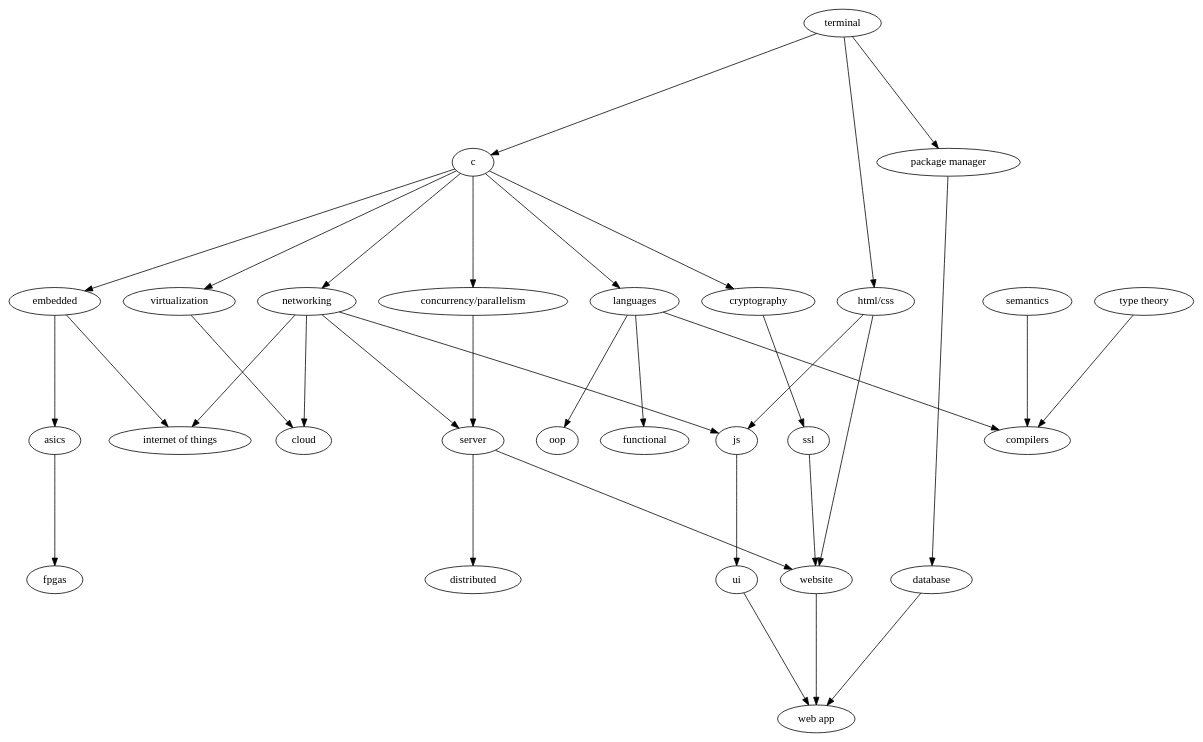
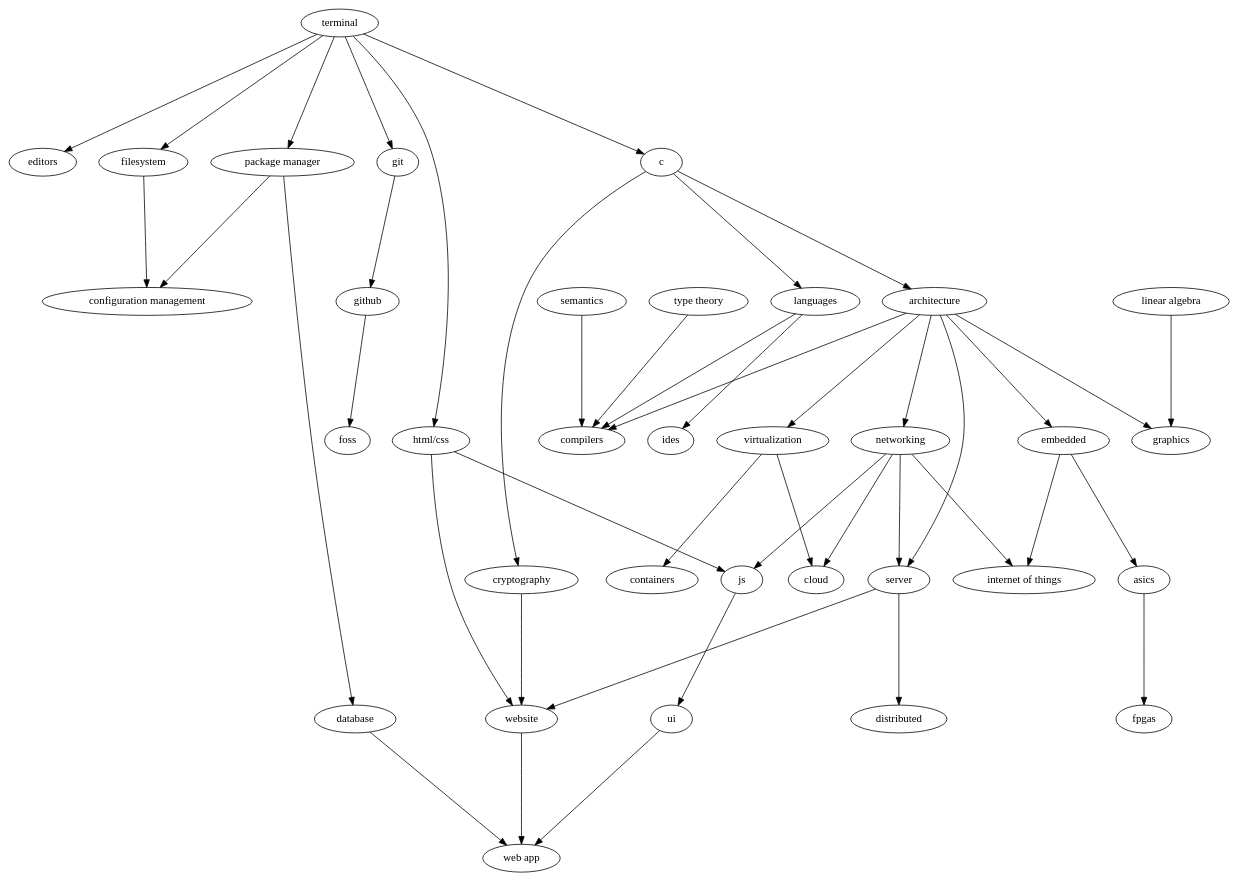
The diagram in docs/images/graph.dot (patrickdoc/port67), drawn with Graphviz before and after one commit. The commit also changed 19 other files, not shown here.

```diff
--- a/docs/images/graph.dot
+++ b/docs/images/graph.dot
@@ -8,21 +8,30 @@
     // Root topics
     terminal[rank=min];
 
+    terminal -> editors;
+    terminal -> filesystem;
+    filesystem -> "configuration management";
+    "package manager" -> "configuration management";
+
+    // Git
+    terminal -> git;
+    git -> github;
+    github -> foss;
+
     // Base
     terminal -> c;
-    c -> virtualization;
-    c -> networking;
-    c -> "concurrency/parallelism";
+    c -> architecture;
 
     // Cloud
     networking -> cloud;
     virtualization -> cloud;
+    virtualization -> containers;
 
     // Sys admin
     terminal -> "package manager";
 
     // Backend
-    "concurrency/parallelism" -> server;
+    architecture -> server;
     networking -> server;
     server -> distributed;
     
@@ -31,8 +40,7 @@
     terminal -> "html/css";
     "html/css" -> website;
     c -> cryptography;
-    cryptography -> ssl;
-    ssl -> website;
+    cryptography -> website;
 
     // Web app
     "package manager" -> database;
@@ -41,7 +49,7 @@
     ui -> "web app";
 
     // Embedded
-    c -> embedded;
+    architecture -> embedded;
     embedded -> "internet of things";
     networking -> "internet of things";
     embedded -> asics;
@@ -49,10 +57,10 @@
 
     // PL
     c -> languages;
-    languages -> oop;
-    languages -> functional;
+    languages -> ides;
 
     // Compilers
+    architecture -> compilers;
     languages -> compilers;
     semantics -> compilers;
     "type theory" -> compilers;
@@ -62,159 +70,33 @@
     networking -> js;
     js -> ui;
 
-    //Britannica
-    // Architecture
+    architecture -> virtualization;
+    architecture -> networking;
+    architecture -> graphics;
+    "linear algebra" -> graphics;
+
+    // Things to hit
+    // AI (ml, computer vision)
+    // algorithms
+    // compression
+    // stats
+    // Graphics
     // Computational
-    // Graphics
-    // HCI
-    // Information management
-    // AI
-    // Networking
-    // OS
-    // Parallel
-    // Platform
-    // PL
-    // Security
-    // Software Eng
-    // Social
-
-    // Wikipedia
-    // Algorithms
-    // Data Structs
-    // Compilers
-    // Formal semantics
-    // Type theory
-    // Reverse engineering
+    // Platform (like console vs mobile vs windows..)
+    // Professional (Dev + QA + Ops)
+    // Design
     // quantum
-
-    //c -> sets[lhead=cluster_data_structs];
-    //c -> compilers[lhead=cluster_pl];
-    //c -> embedded;
-    //c -> servers[lhead=cluster_networks];
-    //c -> caching[lhead=cluster_architecture];
-    //c -> syscalls[lhead=cluster_os];
-
-    //intro -> shell[lhead=cluster_sysadmin];
-    //intro -> c;
-    //intro -> sql[lhead=cluster_dbs];
-    //intro -> logic[lhead=cluster_theory];
-
-    //subgraph cluster_app_dev {
-    //    label = "Application Development";
-    //    verification;
-    //    testing[test=bob blorb=bob];
-
-    //    subgraph cluster_frontend {
-    //        label = "Frontend Development";
-    //        "html/css" -> js;
-    //        js -> rest;
-    //    }
-
-    //    subgraph cluster_backend {
-    //        label = "Backend Development";
-    //        distributed;
-    //        distributed -> cap;
-    //        distributed -> mapreduce;
-    //        "monolith vs. microservice";
-    //        "serialization/deserialization" -> messaging;
-    //    }
-    //}
-
-    //subgraph cluster_architecture {
-    //    label = "Architecture";
-    //    caching;
-    //    isa;
-    //    "parallel/concurrent";
-    //    quantum;
-    //}
-    //"parallel/concurrent" -> graphics;
-
-    //subgraph cluster_data_structs {
-    //    label = "Data Structures";
-    //    compression;
-    //    graphs;
-    //    hashing;
-    //    sets;
-    //}
-
-    //subgraph cluster_dbs {
-    //    label = "Databases";
-    //    nosql;
-    //    sql;
-    //}
-
-    //subgraph cluster_foss {
-    //    label = "Free/Open Source Software";
-    //    licenses;
-    //    "github/gitlab";
-    //}
-
-
-    //subgraph cluster_networks {
-    //    label = "Networks";
-    //    cryptography;
-    //    endianness;
-    //    internet;
-    //    servers;
-    //}
-
-    //// OSTEP!
-    //subgraph cluster_os {
-    //    label = "Operating Systems";
-    //    "processes/threads" -> virtualization;
-    //    scheduling;
-    //    syscalls;
-    //}
-
-    //subgraph cluster_pl {
-    //    label = "Programming Languages";
-    //    compilers;
-    //    dsls;
-    //    exceptions;
-    //    functional;
-    //    gc;
-    //    modularity;
-    //    oop;
-    //    "access modifiers";
-    //}
-
-    //subgraph cluster_prog_tools {
-    //    label = "Programming Envs/Tools";
-    //    ides;
-    //    git;
-    //}
-    //git -> licenses[lhead=cluster_foss];
-
-    //subgraph cluster_sysadmin {
-    //    label = "Systems Admin";
-    //    shell;
-    //    "advanced filesystem";
-    //    "package manager";
-    //    "personal os" -> "configuration management";
-    //    "personal os" -> "desktop environments";
-    //    "personal os" -> partitioning;
-    //    editors;
-    //}
-
-    //subgraph cluster_theory {
-    //    label = "Theory";
-    //    logic -> automata
-    //    automata -> computability;
-    //    "computational complexity" -> "p/np";
-    //    "type theory";
-    //}
-
-    // asics
-    // fpgas
-    // containers
-    // graphics
-    // mapreduce
-    // ssh
-    //"newer language" -> compilers[style=dotted];
-    //"newer language" -> ides[style=dotted];
-    //"newer language" -> ml[lhead=cluster_ai];
+    // logic
+    // advanced filesystem
+    // configuration management
+    // personal os
+    // desktop environment
+    // partitioning
+    // automata
+    // computability
+    // computational complexity
+    // p/np
     // algebra (like coq)
-    // fft
     // digital signal processing
     // sci/data vis
     // 3-sat
@@ -224,10 +106,5 @@
     // elliptic curves
     // numerical algorithms
     // discrete math
-
-    //subgraph cluster_ai {
-    //    label = "Artificial Intelligence";
-    //    ml;
-    //    "computer vision";
-    //}
+    // X vs Wayland
 }
```
